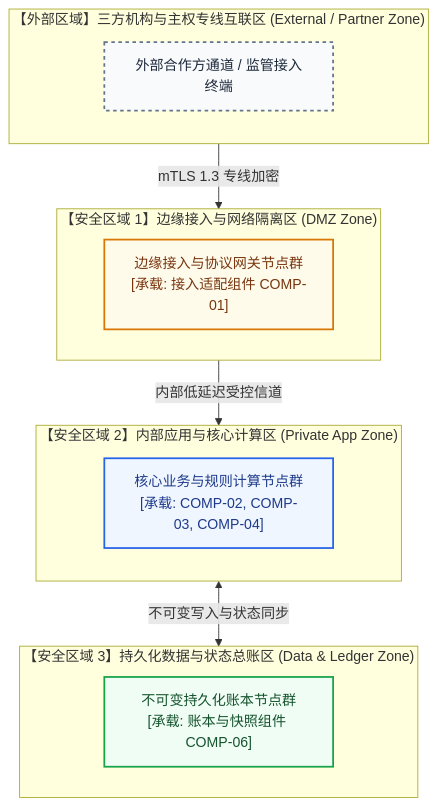
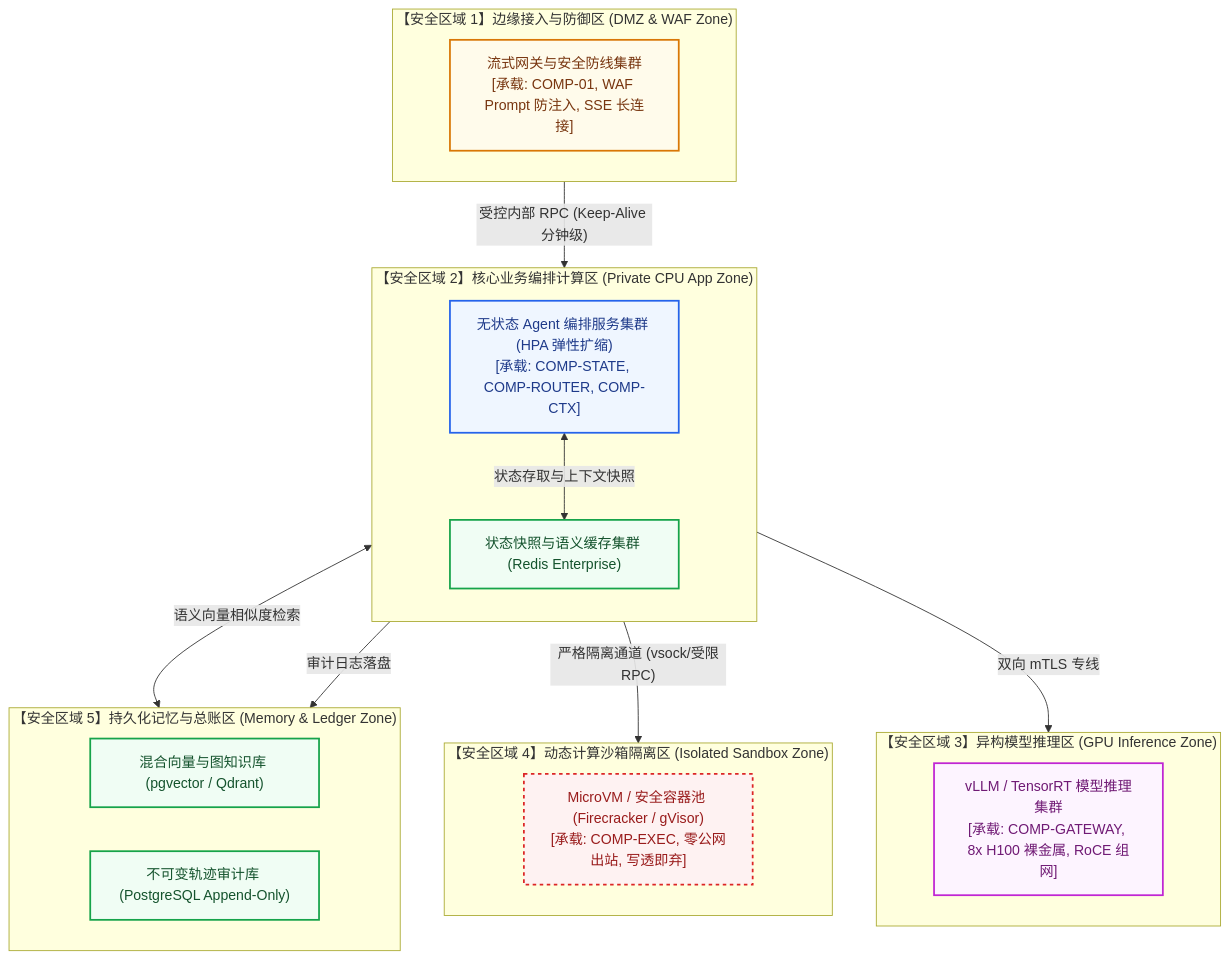
The first of 2 diagrams in templates/operational-model-template.md (swizardlv/architect_skill), drawn with Mermaid before and after one commit. The commit also changed other lines of this file and 10 other files, not shown here.

````diff
--- a/templates/operational-model-template.md
+++ b/templates/operational-model-template.md
@@ -9,32 +9,43 @@
 ```mermaid
 flowchart TB
     %% 样式定义
     classDef dmzStyle fill:#fffbeb,stroke:#d97706,stroke-width:2px,color:#78350f;
     classDef appStyle fill:#eff6ff,stroke:#2563eb,stroke-width:2px,color:#1e3a8a;
+    classDef gpuStyle fill:#fdf4ff,stroke:#c026d3,stroke-width:2px,color:#701a75;
+    classDef sandboxStyle fill:#fef2f2,stroke:#dc2626,stroke-width:2px,stroke-dasharray: 4 4,color:#991b1b;
     classDef dataStyle fill:#f0fdf4,stroke:#16a34a,stroke-width:2px,color:#14532d;
-    classDef extStyle fill:#f8fafc,stroke:#64748b,stroke-width:2px,stroke-dasharray: 4 4,color:#1e293b;
 
-    subgraph LogicalDMZ ["【安全区域 1】边缘接入与网络隔离区 (DMZ Zone)"]
+    subgraph LogicalDMZ ["【安全区域 1】边缘接入与防御区 (DMZ & WAF Zone)"]
         direction LR
-        IngressNodes["边缘接入与协议网关节点群<br/>[承载: 接入适配组件 COMP-01]"]:::dmzStyle
+        IngressNodes["流式网关与安全防线集群<br/>[承载: COMP-01, WAF Prompt 防注入, SSE 长连接]"]:::dmzStyle
     end
 
-    subgraph LogicalAppZone ["【安全区域 2】内部应用与核心计算区 (Private App Zone)"]
+    subgraph LogicalAppZone ["【安全区域 2】核心业务编排计算区 (Private CPU App Zone)"]
         direction TB
-        CoreComputeNodes["核心业务与规则计算节点群<br/>[承载: COMP-02, COMP-03, COMP-04]"]:::appStyle
+        OrchestrationNodes["无状态 Agent 编排服务集群 (HPA 弹性扩缩)<br/>[承载: COMP-STATE, COMP-ROUTER, COMP-CTX]"]:::appStyle
+        StateRedisCluster["状态快照与语义缓存集群 (Redis Enterprise)"]:::dataStyle
     end
 
-    subgraph LogicalDataZone ["【安全区域 3】持久化数据与状态总账区 (Data & Ledger Zone)"]
+    subgraph LogicalGPUZone ["【安全区域 3】异构模型推理区 (GPU Inference Zone)"]
         direction LR
-        LedgerNodes["不可变持久化账本节点群<br/>[承载: 账本与快照组件 COMP-06]"]:::dataStyle
+        GPUServingNodes["vLLM / TensorRT 模型推理集群<br/>[承载: COMP-GATEWAY, 8x H100 裸金属, RoCE 组网]"]:::gpuStyle
     end
 
-    subgraph ExternalZone ["【外部区域】三方机构与主权专线互联区 (External / Partner Zone)"]
-        direction TB
-        PartnerGateways["外部合作方通道 / 监管接入终端"]:::extStyle
+    subgraph LogicalSandboxZone ["【安全区域 4】动态计算沙箱隔离区 (Isolated Sandbox Zone)"]
+        direction LR
+        SandboxPoolNodes["MicroVM / 安全容器池 (Firecracker / gVisor)<br/>[承载: COMP-EXEC, 零公网出站, 写透即弃]"]:::sandboxStyle
     end
 
-    PartnerGateways -->|"mTLS 1.3 专线加密"| IngressNodes
-    IngressNodes -->|"内部低延迟受控信道"| CoreComputeNodes
-    CoreComputeNodes <-->|"不可变写入与状态同步"| LedgerNodes
+    subgraph LogicalDataZone ["【安全区域 5】持久化记忆与总账区 (Memory & Ledger Zone)"]
+        direction LR
+        VectorDBNodes["混合向量与图知识库 (pgvector / Qdrant)"]:::dataStyle
+        AuditLogNodes["不可变轨迹审计库 (PostgreSQL Append-Only)"]:::dataStyle
+    end
+
+    IngressNodes -->|"受控内部 RPC (Keep-Alive 分钟级)"| OrchestrationNodes
+    OrchestrationNodes <-->|"状态存取与上下文快照"| StateRedisCluster
+    OrchestrationNodes -->|"双向 mTLS 专线"| GPUServingNodes
+    OrchestrationNodes -->|"严格隔离通道 (vsock/受限RPC)"| SandboxPoolNodes
+    OrchestrationNodes <-->|"语义向量相似度检索"| VectorDBNodes
+    OrchestrationNodes -->|"审计日志落盘"| AuditLogNodes
 ```
````
